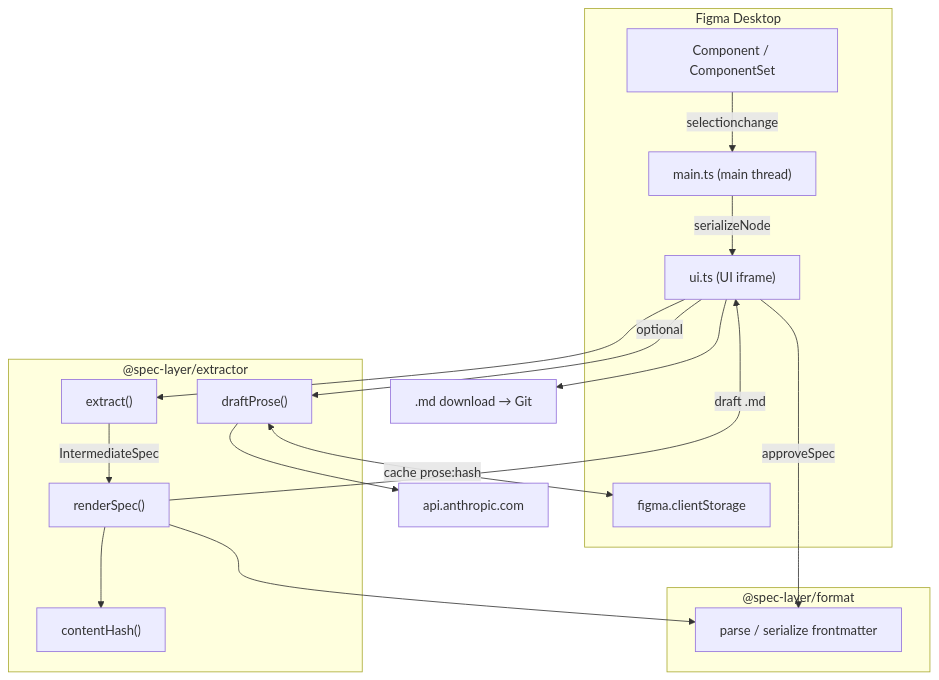
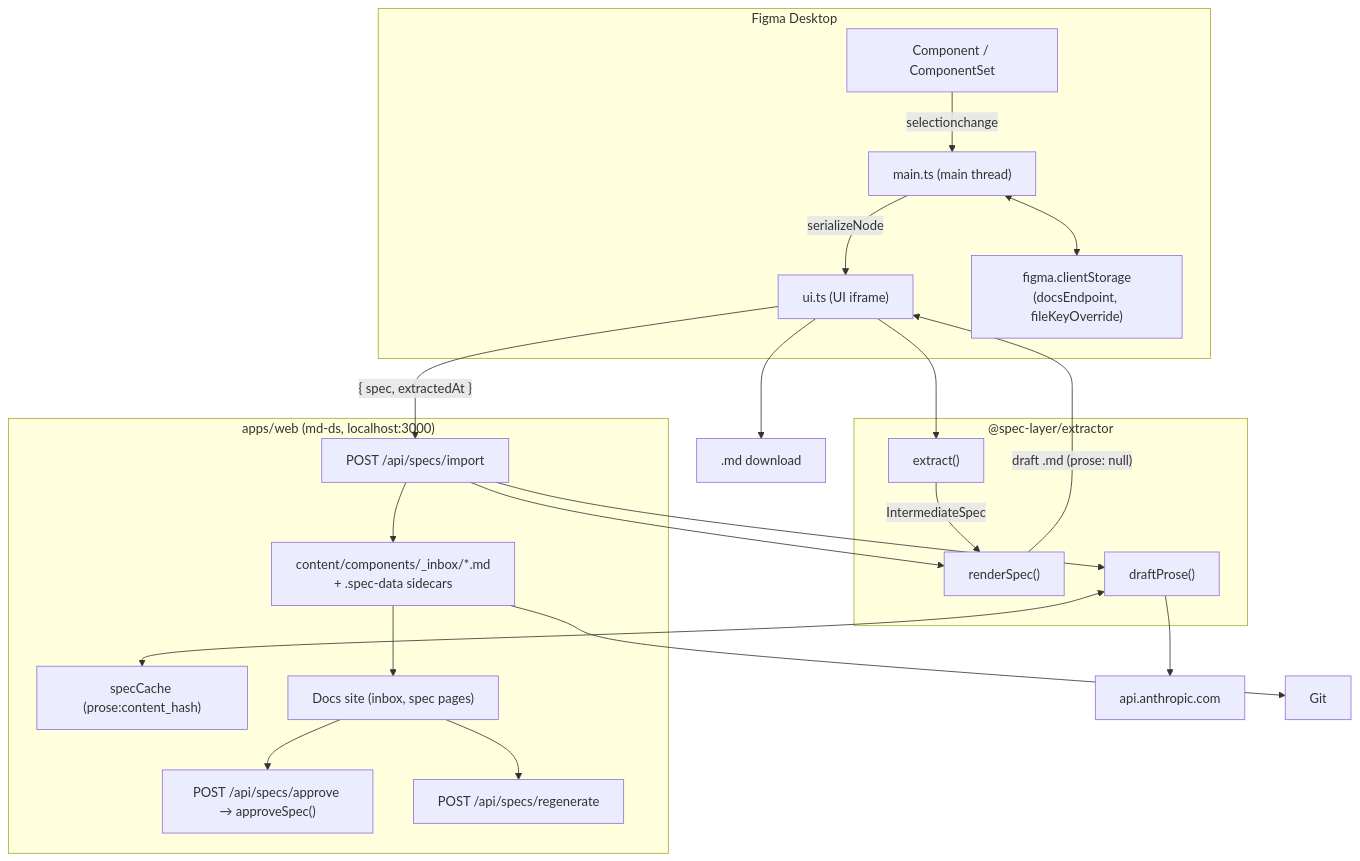
The diagram in ARCHITECTURE.md (SamsonHD/spec-layer), drawn with Mermaid before and after one commit. The commit also changed other lines of this file and 104 other files, not shown here.

````diff
--- a/ARCHITECTURE.md
+++ b/ARCHITECTURE.md
@@ -187,36 +238,46 @@
 ```mermaid
 flowchart TB
     subgraph Figma["Figma Desktop"]
         Canvas["Component / ComponentSet"]
         Main["main.ts (main thread)"]
         UI["ui.ts (UI iframe)"]
-        Storage["figma.clientStorage"]
+        Storage["figma.clientStorage<br/>(docsEndpoint, fileKeyOverride)"]
     end
 
     subgraph Extractor["@spec-layer/extractor"]
         Extract["extract()"]
         Render["renderSpec()"]
         Prose["draftProse()"]
-        Hash["contentHash()"]
     end
 
-    subgraph Format["@spec-layer/format"]
-        FM["parse / serialize frontmatter"]
+    subgraph Web["apps/web (md-ds, localhost:3000)"]
+        Import["POST /api/specs/import"]
+        Cache["specCache (prose:content_hash)"]
+        Store["content/components/_inbox/*.md<br/>+ .spec-data sidecars"]
+        Approve["POST /api/specs/approve → approveSpec()"]
+        Regen["POST /api/specs/regenerate"]
+        Site["Docs site (inbox, spec pages)"]
     end
 
     Anthropic["api.anthropic.com"]
-    Download[".md download → Git"]
+    Download[".md download"]
+    Git["Git"]
 
     Canvas -->|selectionchange| Main
+    Main <--> Storage
     Main -->|serializeNode| UI
     UI --> Extract
     Extract -->|IntermediateSpec| Render
-    Render --> Hash
-    Render --> FM
-    UI -->|optional| Prose
+    Render -->|"draft .md (prose: null)"| UI
+    UI -->|"{ spec, extractedAt }"| Import
+    UI --> Download
+    Import --> Prose
+    Prose <--> Cache
     Prose --> Anthropic
-    Prose <-->|cache prose:hash| Storage
-    Render -->|draft .md| UI
-    UI -->|approveSpec| FM
-    UI --> Download
+    Import --> Render
+    Import --> Store
+    Store --> Site
+    Site --> Approve
+    Site --> Regen
+    Store --> Git
 ```
````
